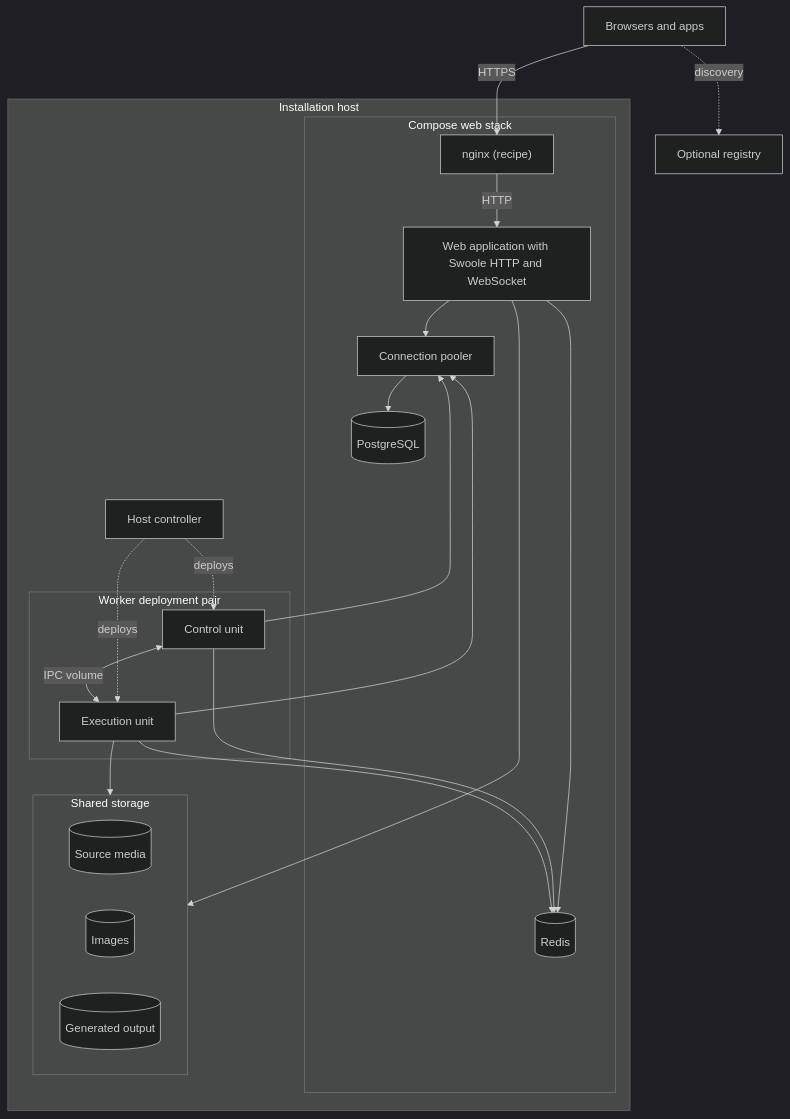
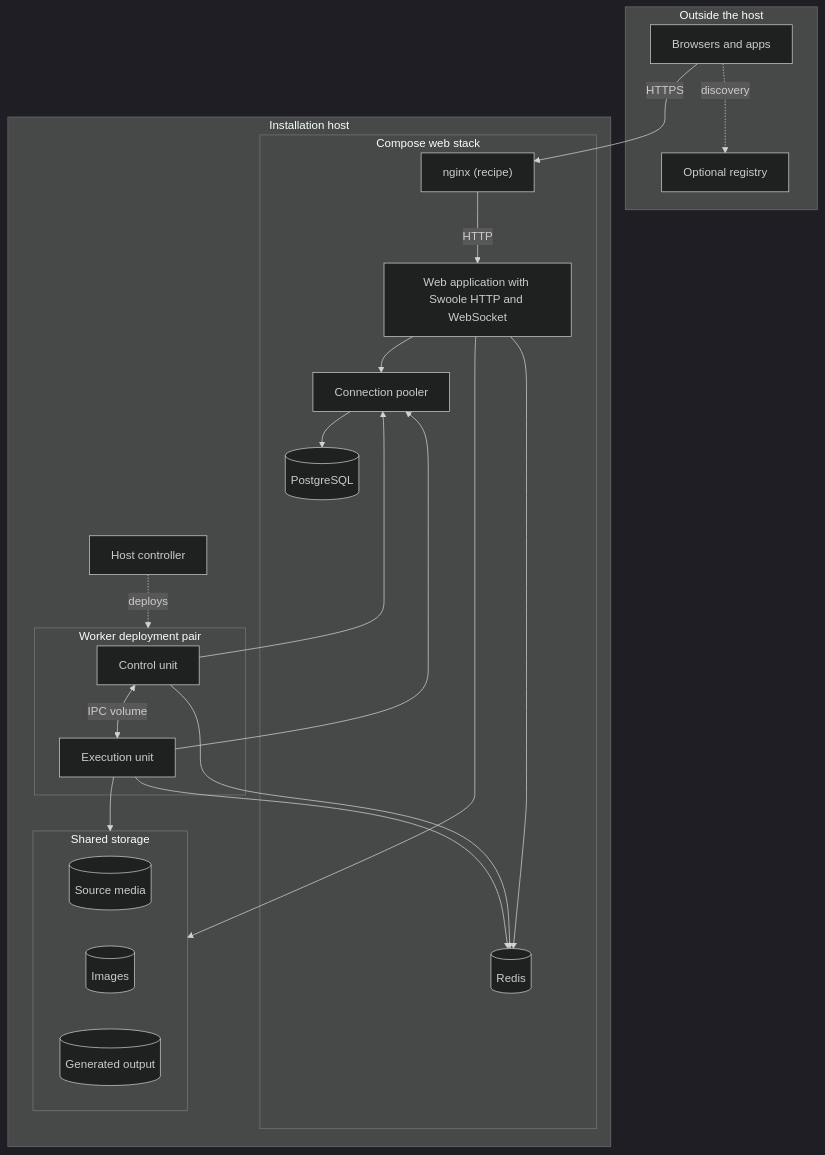
The diagram in docs-book/part-1-operator-guide/deployment-topology.md (baander-app/baander), drawn with Mermaid (dark theme) before and after one commit. The commit also changed 4 other files, not shown here.

First line of the commit message:
docs: fit the overview diagrams inside the manual column

````diff
--- a/docs-book/part-1-operator-guide/deployment-topology.md
+++ b/docs-book/part-1-operator-guide/deployment-topology.md
@@ -9,42 +9,43 @@
 ```mermaid
 flowchart TB
     accTitle: Deployment topology of a Baander installation
     accDescr: Browsers and apps reach nginx, which forwards to the web application with its Swoole HTTP and WebSocket server. The web application and the worker deployment pair reach PostgreSQL through the connection pooler and use Redis directly. The host controller, outside Compose, deploys the control and execution units, which a private IPC volume joins. The web application and the execution unit share the source media, images and generated output. The optional registry runs outside the installation host and is reached by clients only.
-    clients[Browsers and apps]
+    subgraph outside[Outside the host]
+        clients[Browsers and apps]
+        registry[Optional registry]
+    end
     subgraph host[Installation host]
         subgraph web[Compose web stack]
             nginx["nginx (recipe)"]
             app["Web application with Swoole HTTP and WebSocket"]
             pooler[Connection pooler]
             postgres[(PostgreSQL)]
             redis[(Redis)]
         end
         controller[Host controller]
         subgraph pair[Worker deployment pair]
             control[Control unit]
             execution[Execution unit]
         end
         subgraph storage[Shared storage]
             source[(Source media)]
             images[(Images)]
             output[(Generated output)]
         end
     end
-    registry[Optional registry]
+    clients -.->|discovery| registry
     clients -->|HTTPS| nginx
     nginx -->|HTTP| app
     app --> pooler
     pooler --> postgres
     app --> redis
     postgres ~~~ controller
-    controller -.->|deploys| control
-    controller -.->|deploys| execution
+    controller -.->|deploys| pair
     control <-->|IPC volume| execution
     control --> pooler
     execution --> pooler
     control --> redis
     execution --> redis
     app --> storage
     execution --> storage
-    clients -.->|discovery| registry
 ```
````
